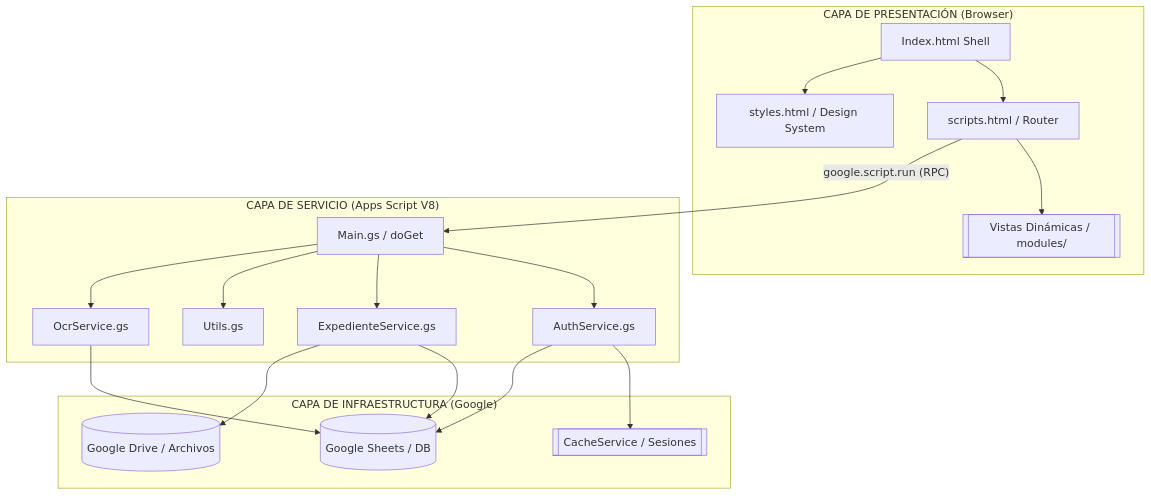
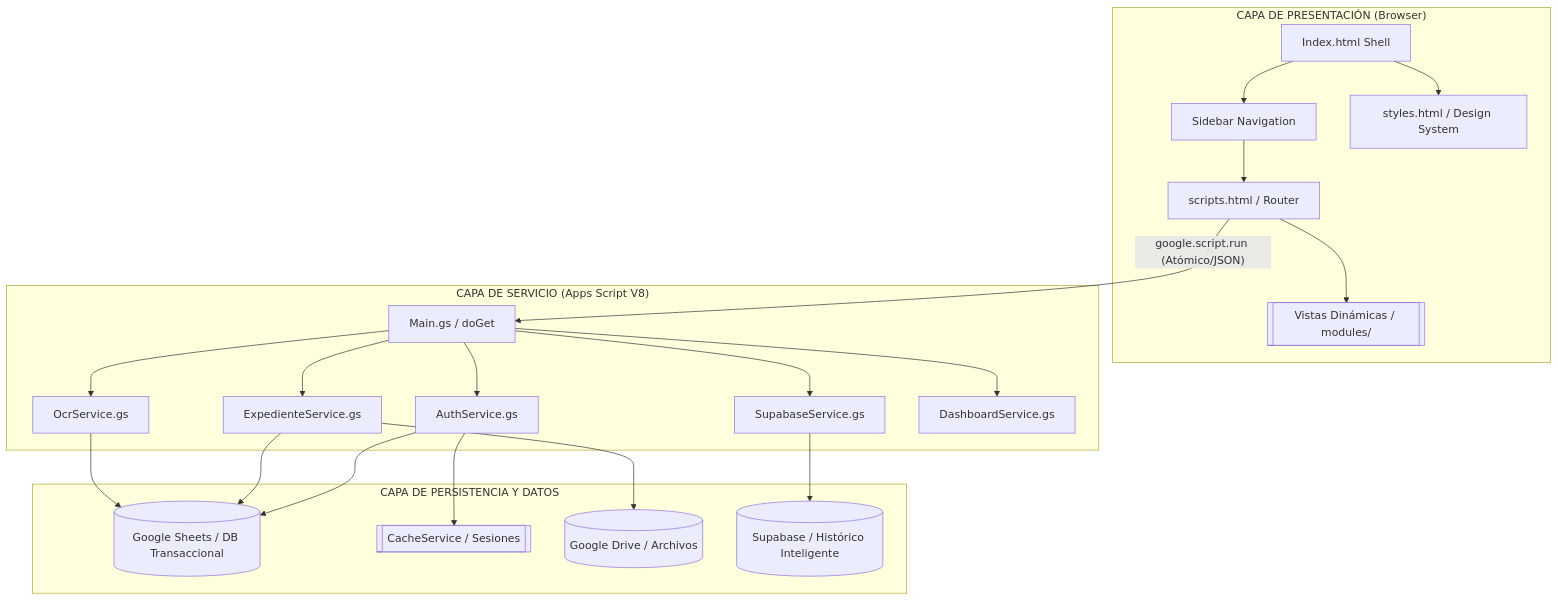
The first of 3 diagrams in README.md (jlangarica/Division-Servicios-Administrativos), drawn with Mermaid before and after one commit. The commit also changed other lines of this file, not shown here.

````diff
--- a/README.md
+++ b/README.md
@@ -55,37 +67,43 @@
 ```mermaid
 graph TB
     subgraph "CAPA DE PRESENTACIÓN (Browser)"
         Index[Index.html Shell]
+        Sidebar[Sidebar Navigation]
         Router[scripts.html / Router]
         CSS[styles.html / Design System]
         Modules[[Vistas Dinámicas / modules/]]
-        Index --> Router
+        Index --> Sidebar
+        Sidebar --> Router
         Index --> CSS
         Router --> Modules
     end
 
     subgraph "CAPA DE SERVICIO (Apps Script V8)"
         Main[Main.gs / doGet]
         Auth[AuthService.gs]
         Data[ExpedienteService.gs]
-        Utils[Utils.gs]
+        Supa[SupabaseService.gs]
         Ocr[OcrService.gs]
+        Dash[DashboardService.gs]
         Main --> Auth
         Main --> Data
-        Main --> Utils
+        Main --> Supa
         Main --> Ocr
+        Main --> Dash
     end
 
-    subgraph "CAPA DE INFRAESTRUCTURA (Google)"
-        Sheets[(Google Sheets / DB)]
+    subgraph "CAPA DE PERSISTENCIA Y DATOS"
+        Sheets[(Google Sheets / DB Transaccional)]
         Cache[[CacheService / Sesiones]]
         Drive[(Google Drive / Archivos)]
+        SupaDB[(Supabase / Histórico Inteligente)]
         Auth --> Cache
         Auth --> Sheets
         Data --> Sheets
         Data --> Drive
         Ocr --> Sheets
+        Supa --> SupaDB
     end
 
-    Router -- "google.script.run (RPC)" --> Main
+    Router -- "google.script.run (Atómico/JSON)" --> Main
 ```
````
